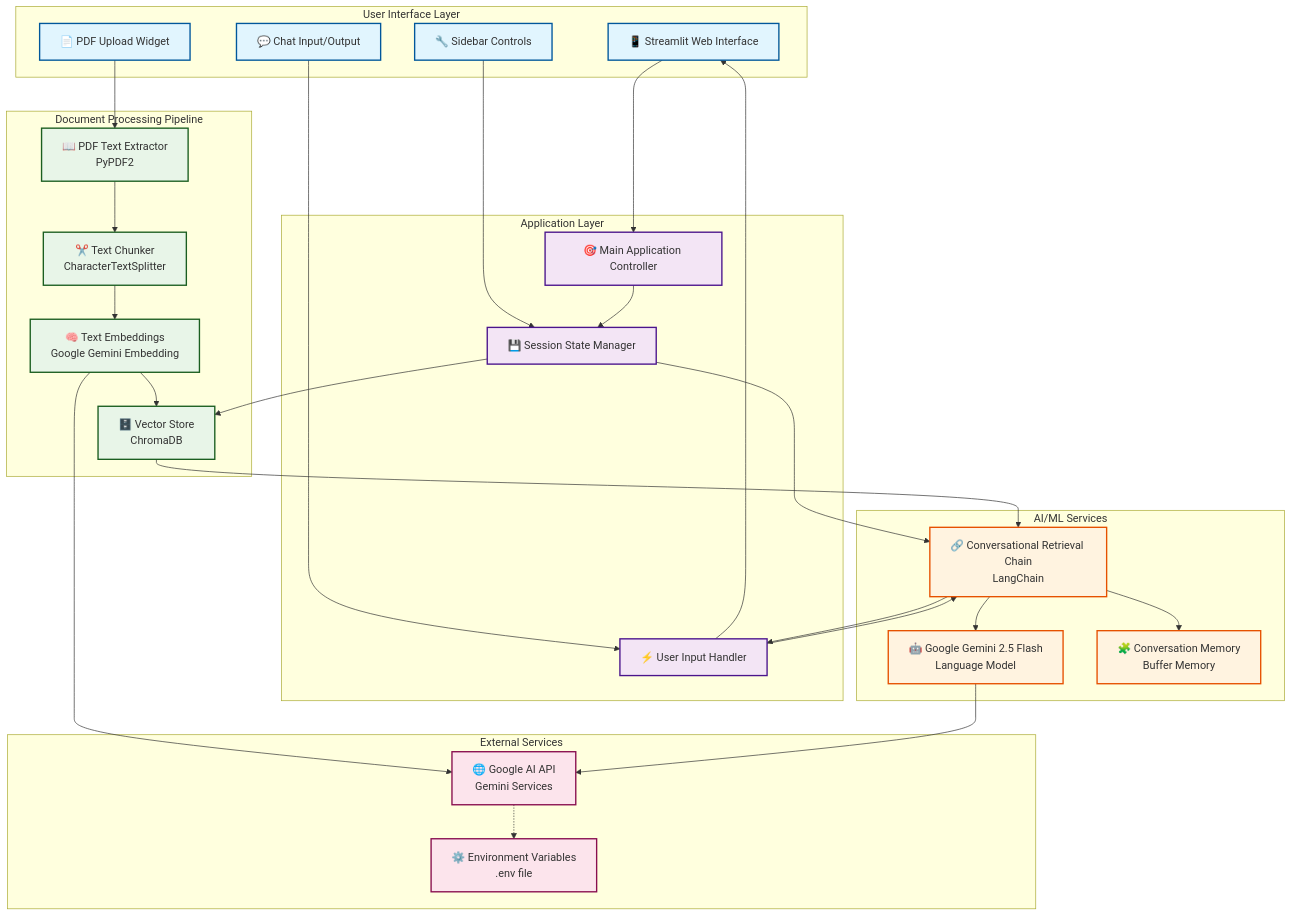
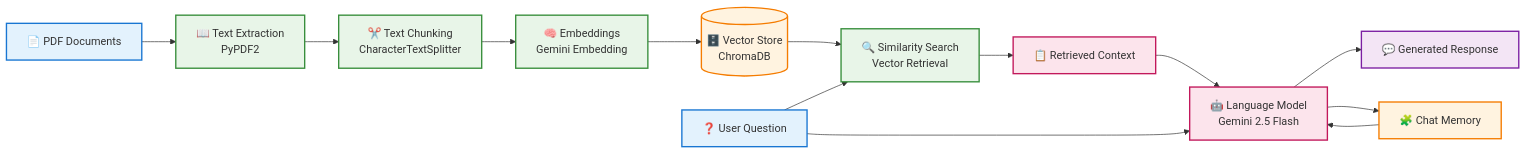
The diagram in Readme.md (g7vind/RAG-Demo--PDFChat), drawn with Mermaid before and after one commit. The commit also changed other lines of this file, not shown here.

````diff
--- a/Readme.md
+++ b/Readme.md
@@ -52,77 +52,37 @@
 ```mermaid
-graph TB
-    %% User Interface Layer
-    subgraph "User Interface Layer"
-        UI[📱 Streamlit Web Interface]
-        UPLOAD[📄 PDF Upload Widget]
-        CHAT[💬 Chat Input/Output]
-        SIDEBAR[🔧 Sidebar Controls]
-    end
+graph LR
+    %% Input
+    PDF[📄 PDF Documents] --> EXTRACT[📖 Text Extraction<br/>PyPDF2]
+    
+    %% Document Processing
+    EXTRACT --> CHUNK[✂️ Text Chunking<br/>CharacterTextSplitter]
+    CHUNK --> EMBED[🧠 Embeddings<br/>Gemini Embedding]
+    EMBED --> VECTOR[(🗄️ Vector Store<br/>ChromaDB)]
+    
+    %% Query Processing
+    QUERY[❓ User Question] --> RETRIEVE[🔍 Similarity Search<br/>Vector Retrieval]
+    VECTOR --> RETRIEVE
+    
+    %% Generation
+    RETRIEVE --> CONTEXT[📋 Retrieved Context]
+    CONTEXT --> LLM[🤖 Language Model<br/>Gemini 2.5 Flash]
+    QUERY --> LLM
+    MEMORY[🧩 Chat Memory] --> LLM
+    
+    %% Output
+    LLM --> RESPONSE[💬 Generated Response]
+    LLM --> MEMORY
+    
+    %% Styling
+    classDef input fill:#e3f2fd,stroke:#1976d2,stroke-width:2px
+    classDef process fill:#e8f5e8,stroke:#388e3c,stroke-width:2px
+    classDef storage fill:#fff3e0,stroke:#f57c00,stroke-width:2px
+    classDef generation fill:#fce4ec,stroke:#c2185b,stroke-width:2px
+    classDef output fill:#f3e5f5,stroke:#7b1fa2,stroke-width:2px
 
-    %% Application Layer
-    subgraph "Application Layer"
-        MAIN[🎯 Main Application Controller]
-        HANDLER[⚡ User Input Handler]
-        SESSION[💾 Session State Manager]
-    end
-
-    %% Document Processing Pipeline
-    subgraph "Document Processing Pipeline"
-        EXTRACT[📖 PDF Text Extractor<br/>PyPDF2]
-        CHUNK[✂️ Text Chunker<br/>CharacterTextSplitter]
-        EMBED[🧠 Text Embeddings<br/>Google Gemini Embedding]
-        VECTOR[🗄️ Vector Store<br/>ChromaDB]
-    end
-
-    %% AI/ML Layer
-    subgraph "AI/ML Services"
-        GEMINI[🤖 Google Gemini 2.5 Flash<br/>Language Model]
-        MEMORY[🧩 Conversation Memory<br/>Buffer Memory]
-        CHAIN[🔗 Conversational Retrieval Chain<br/>LangChain]
-    end
-
-    %% External Services
-    subgraph "External Services"
-        GOOGLE_API[🌐 Google AI API<br/>Gemini Services]
-        ENV[⚙️ Environment Variables<br/>.env file]
-    end
-
-    %% Data Flow
-    UI --> MAIN
-    UPLOAD --> EXTRACT
-    CHAT --> HANDLER
-    SIDEBAR --> SESSION
-    
-    MAIN --> SESSION
-    HANDLER --> CHAIN
-    SESSION --> VECTOR
-    SESSION --> CHAIN
-
-    EXTRACT --> CHUNK
-    CHUNK --> EMBED
-    EMBED --> VECTOR
-    
-    VECTOR --> CHAIN
-    CHAIN --> GEMINI
-    CHAIN --> MEMORY
-    
-    EMBED --> GOOGLE_API
-    GEMINI --> GOOGLE_API
-    GOOGLE_API -.-> ENV
-    
-    CHAIN --> HANDLER
-    HANDLER --> UI
-
-    %% Styling
-    classDef uiLayer fill:#e1f5fe,stroke:#01579b,stroke-width:2px
-    classDef appLayer fill:#f3e5f5,stroke:#4a148c,stroke-width:2px
-    classDef processLayer fill:#e8f5e8,stroke:#1b5e20,stroke-width:2px
-    classDef aiLayer fill:#fff3e0,stroke:#e65100,stroke-width:2px
-    classDef externalLayer fill:#fce4ec,stroke:#880e4f,stroke-width:2px
-
-    class UI,UPLOAD,CHAT,SIDEBAR uiLayer
-    class MAIN,HANDLER,SESSION appLayer
-    class EXTRACT,CHUNK,EMBED,VECTOR processLayer
-    class GEMINI,MEMORY,CHAIN aiLayer
-    class GOOGLE_API,ENV externalLayer
+    class PDF,QUERY input
+    class EXTRACT,CHUNK,EMBED,RETRIEVE process
+    class VECTOR,MEMORY storage
+    class CONTEXT,LLM generation
+    class RESPONSE output
 ```
````
